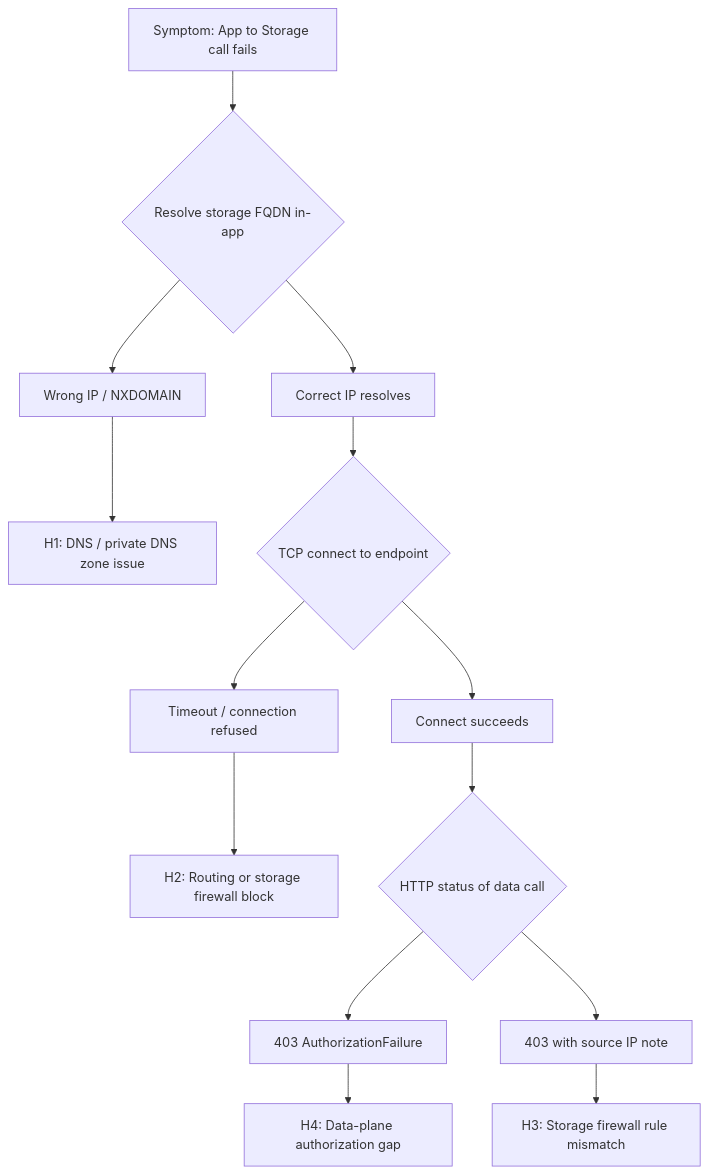
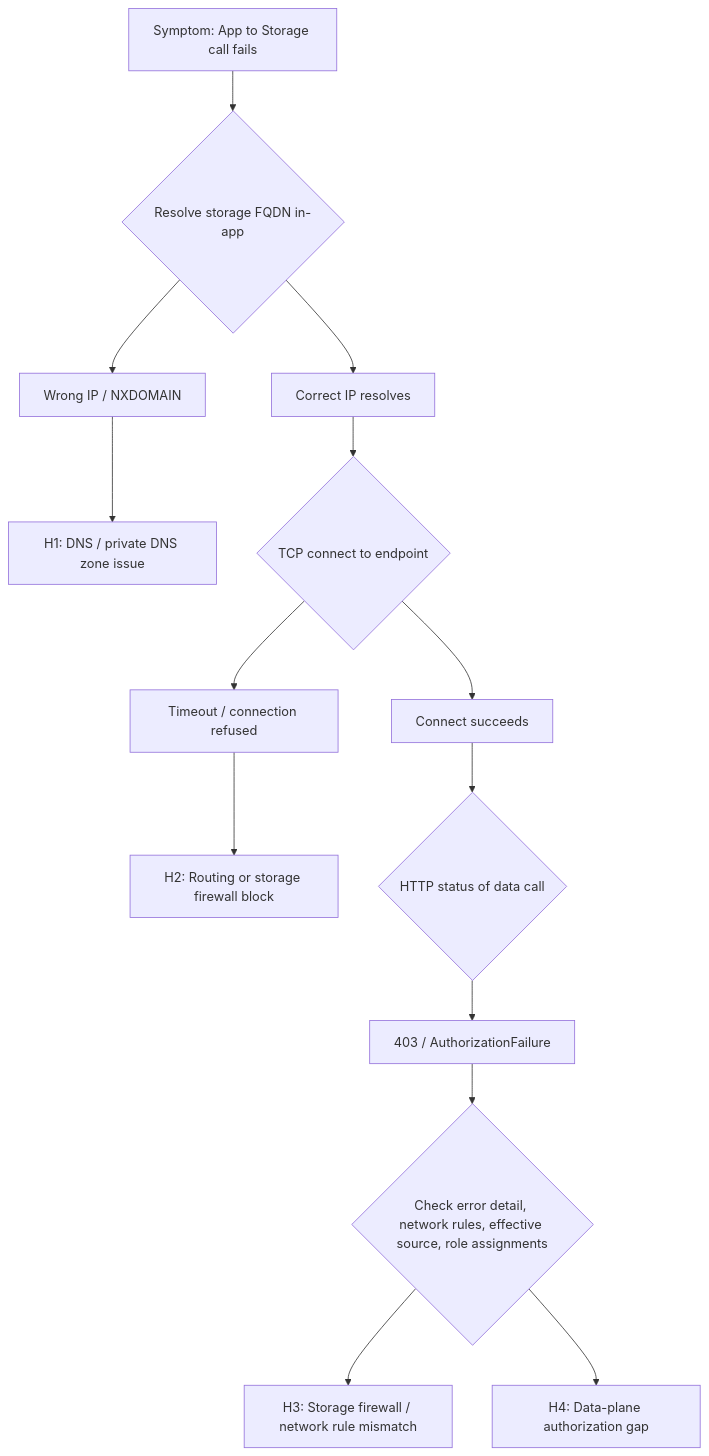
One commit to yeongseon/azure-app-service-practical-guide changed the diagram in docs/troubleshooting/playbooks/outbound-network/storage-connectivity-firewall-authorization.md. Above: the diagram before and after it, drawn with Mermaid. The commit also changed other lines of this file and 4 other files, not shown here.

Commit message:
docs: address Oracle review — disambiguate storage 403, same-region IP rule caveat, restore Sources heading

````diff
--- a/docs/troubleshooting/playbooks/outbound-network/storage-connectivity-firewall-authorization.md
+++ b/docs/troubleshooting/playbooks/outbound-network/storage-connectivity-firewall-authorization.md
@@ -40,16 +43,16 @@
 ```mermaid
 flowchart TD
     A[Symptom: App to Storage call fails] --> B{Resolve storage FQDN in-app}
     B --> C[Wrong IP / NXDOMAIN]
     B --> D[Correct IP resolves]
     C --> H1[H1: DNS / private DNS zone issue]
     D --> E{TCP connect to endpoint}
     E --> F[Timeout / connection refused]
     E --> G[Connect succeeds]
     F --> H2[H2: Routing or storage firewall block]
     G --> I{HTTP status of data call}
-    I --> J[403 AuthorizationFailure]
-    I --> K[403 with source IP note]
-    J --> H4[H4: Data-plane authorization gap]
-    K --> H3[H3: Storage firewall rule mismatch]
+    I --> J[403 / AuthorizationFailure]
+    J --> L{Check error detail, network rules, effective source, role assignments}
+    L --> H3[H3: Storage firewall / network rule mismatch]
+    L --> H4[H4: Data-plane authorization gap]
 ```
````
